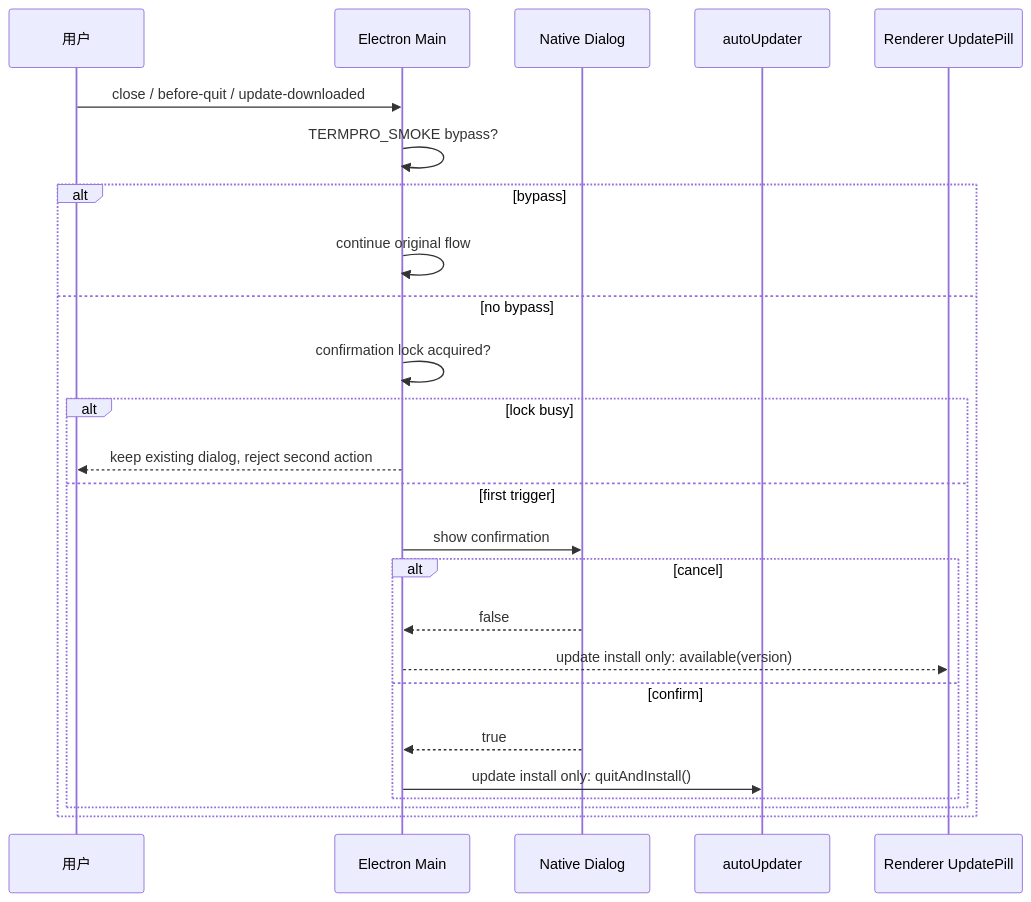
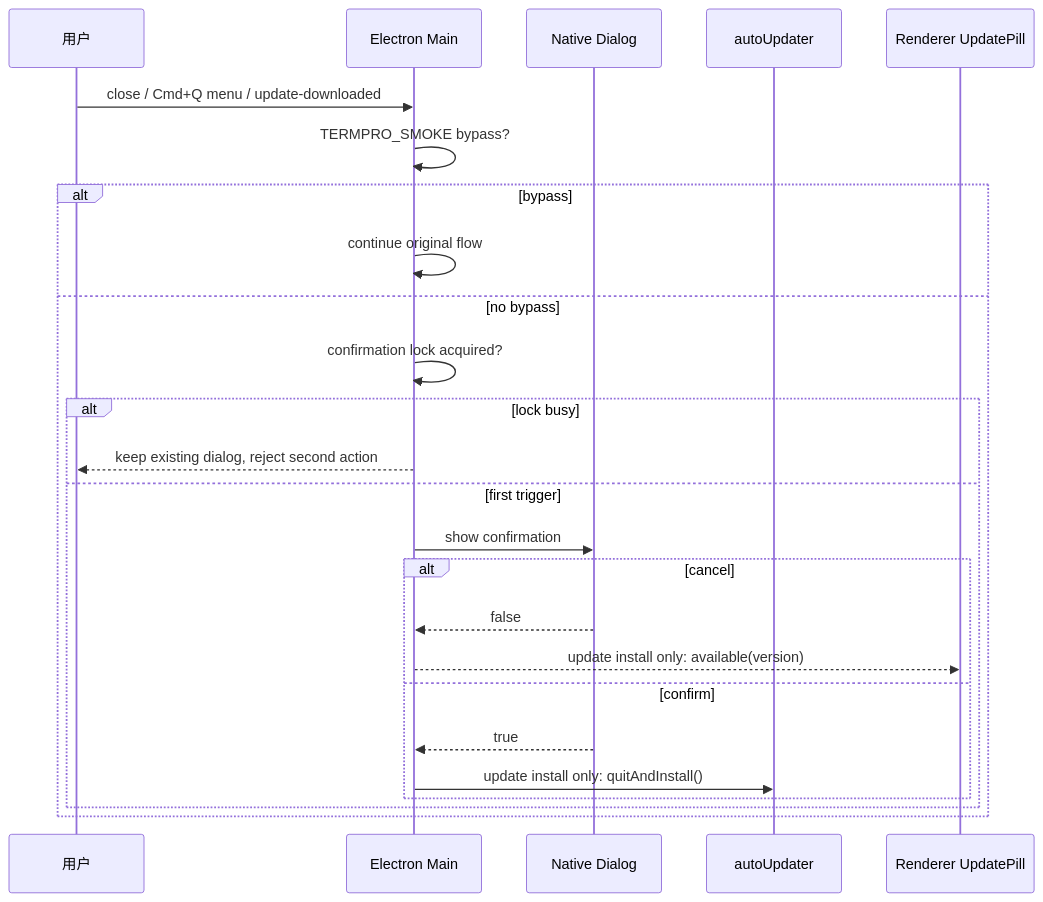
One commit to okteam99/termpro changed the diagram in docs/features/TERMPRO-F260614081920-Close-Install-Confirmation/TECH.md. Above: the diagram before and after it, drawn with Mermaid. The commit also changed other lines of this file and 10 other files, not shown here.

Commit message:
fix: route quit confirmation through user intent (TERMPRO-F260614081920-Close-Install-Confirmation)

````diff
--- a/docs/features/TERMPRO-F260614081920-Close-Install-Confirmation/TECH.md
+++ b/docs/features/TERMPRO-F260614081920-Close-Install-Confirmation/TECH.md
@@ -163,28 +168,28 @@
 ```mermaid
 sequenceDiagram
   participant User as 用户
   participant Main as Electron Main
   participant Dialog as Native Dialog
   participant Updater as autoUpdater
   participant UI as Renderer UpdatePill
 
-  User->>Main: close / before-quit / update-downloaded
+  User->>Main: close / Cmd+Q menu / update-downloaded
   Main->>Main: TERMPRO_SMOKE bypass?
   alt bypass
     Main->>Main: continue original flow
   else no bypass
     Main->>Main: confirmation lock acquired?
     alt lock busy
       Main-->>User: keep existing dialog, reject second action
     else first trigger
       Main->>Dialog: show confirmation
       alt cancel
         Dialog-->>Main: false
         Main-->>UI: update install only: available(version)
       else confirm
         Dialog-->>Main: true
       Main->>Updater: update install only: quitAndInstall()
       end
     end
   end
 ```
````
